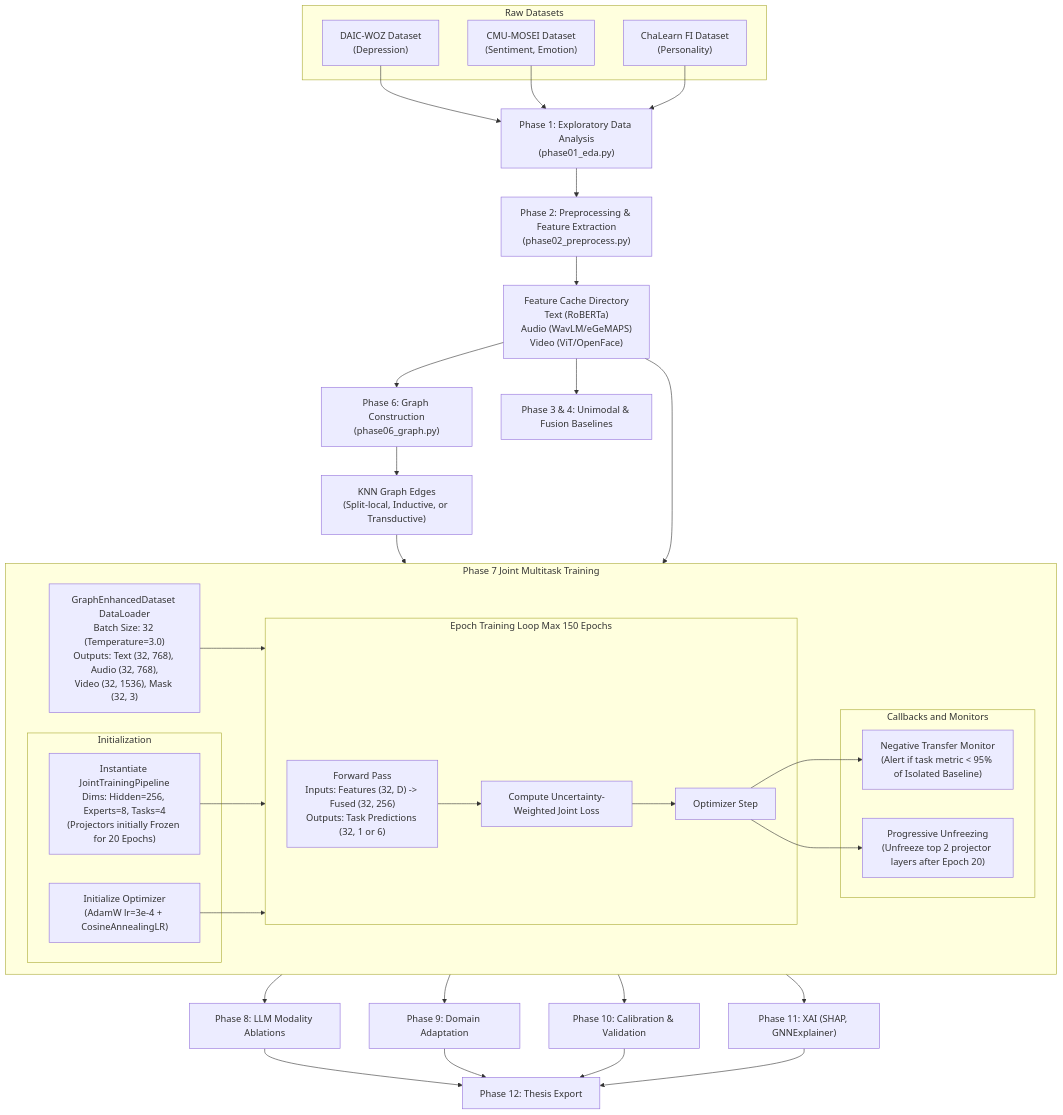
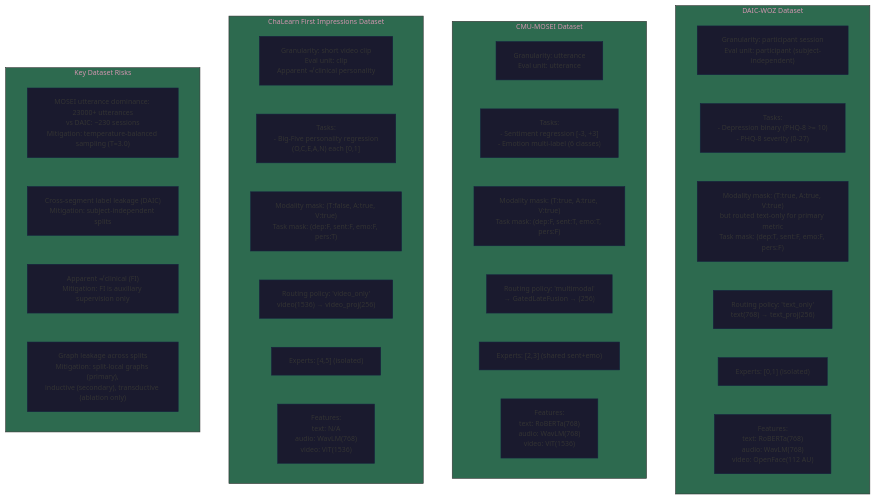
The fourth of 8 diagrams in codebase_analysis.md (an-2018/experiment-5-unified-model), drawn with Mermaid before and after one commit. The commit also changed other lines of this file and 63 other files, not shown here.

First line of the commit message:
docs: comprehensive codebase analysis, technical appendix, and phase 8-11 completion updates

````diff
--- a/codebase_analysis.md
+++ b/codebase_analysis.md
@@ -112,63 +410,37 @@
 ```mermaid
-graph TD
-    %% Initial Datasets
-    subgraph RawDatasets [Raw Datasets]
-        DAIC["DAIC-WOZ Dataset<br>(Depression)"]
-        MOSEI["CMU-MOSEI Dataset<br>(Sentiment, Emotion)"]
-        FI["ChaLearn FI Dataset<br>(Personality)"]
+%%{init: {'theme': 'base', 'themeVariables': { 'fontSize': '12px', 'primaryColor': '#1a1a2e', 'primaryBorderColor': '#16213e', 'lineColor': '#a0a0a0', 'secondaryColor': '#0f3460', 'tertiaryColor': '#2d6a4f' }} }%%
+graph TB
+    subgraph DAIC["DAIC-WOZ Dataset"]
+        DAIC_GRAN["Granularity: participant session<br>Eval unit: participant (subject-independent)"]
+        DAIC_TASKS["Tasks:<br>- Depression binary (PHQ-8 >= 10)<br>- PHQ-8 severity (0-27)"]
+        DAIC_MASK["Modality mask: (T:true, A:true, V:true)<br>but routed text-only for primary metric<br>Task mask: (dep:T, sent:F, emo:F, pers:F)"]
+        DAIC_ROUTING["Routing policy: 'text_only'<br>text(768) → text_proj(256)"]
+        DAIC_EXPERTS["Experts: [0,1] (isolated)"]
+        DAIC_FEATS["Features:<br>text: RoBERTa(768)<br>audio: WavLM(768)<br>video: OpenFace(112 AU)"]
     end
 
-    %% Early Phases
-    Phase1["Phase 1: Exploratory Data Analysis<br>(phase01_eda.py)"]
-    Phase2["Phase 2: Preprocessing & Feature Extraction<br>(phase02_preprocess.py)"]
-    
-    DAIC & MOSEI & FI --> Phase1
-    Phase1 --> Phase2
-    Phase2 --> FeatCache["Feature Cache Directory<br>Text (RoBERTa)<br>Audio (WavLM/eGeMAPS)<br>Video (ViT/OpenFace)"]
-
-    %% Phase 6
-    Phase6["Phase 6: Graph Construction<br>(phase06_graph.py)"]
-    FeatCache --> Phase6
-    Phase6 --> GraphEdges["KNN Graph Edges<br>(Split-local, Inductive, or Transductive)"]
-
-    %% Phase 7 Execution Loop
-    subgraph Phase7 [Phase 7 Joint Multitask Training]
-        DataLoader["GraphEnhancedDataset DataLoader<br>Batch Size: 32 (Temperature=3.0)<br>Outputs: Text (32, 768), Audio (32, 768),<br>Video (32, 1536), Mask (32, 3)"]
-        
-        subgraph InitializationBlock [Initialization]
-            ModelInit["Instantiate JointTrainingPipeline<br>Dims: Hidden=256, Experts=8, Tasks=4<br>(Projectors initially Frozen for 20 Epochs)"]
-            OptInit["Initialize Optimizer<br>(AdamW lr=3e-4 + CosineAnnealingLR)"]
-        end
-
-        subgraph EpochTrainingLoop [Epoch Training Loop Max 150 Epochs]
-            ForwardPass["Forward Pass<br>Inputs: Features (32, D) -> Fused (32, 256)<br>Outputs: Task Predictions (32, 1 or 6)"]
-            LossCalc["Compute Uncertainty-Weighted Joint Loss"]
-            OptStep["Optimizer Step"]
-            
-            ForwardPass --> LossCalc --> OptStep
-        end
-        
-        subgraph CallbacksMonitors [Callbacks and Monitors]
-            NegMonitor["Negative Transfer Monitor<br>(Alert if task metric < 95% of Isolated Baseline)"]
-            Unfreeze["Progressive Unfreezing<br>(Unfreeze top 2 projector layers after Epoch 20)"]
-        end
-
-        DataLoader & ModelInit & OptInit --> EpochTrainingLoop
-        OptStep --> NegMonitor
-        OptStep --> Unfreeze
+    subgraph MOSEI["CMU-MOSEI Dataset"]
+        MOSEI_GRAN["Granularity: utterance<br>Eval unit: utterance"]
+        MOSEI_TASKS["Tasks:<br>- Sentiment regression [-3, +3]<br>- Emotion multi-label (6 classes)"]
+        MOSEI_MASK["Modality mask: (T:true, A:true, V:true)<br>Task mask: (dep:F, sent:T, emo:T, pers:F)"]
+        MOSEI_ROUTING["Routing policy: 'multimodal'<br>→ GatedLateFusion → (256)"]
+        MOSEI_EXPERTS["Experts: [2,3] (shared sent+emo)"]
+        MOSEI_FEATS["Features:<br>text: RoBERTa(768)<br>audio: WavLM(768)<br>video: ViT(1536)"]
     end
 
-    GraphEdges & FeatCache --> Phase7
+    subgraph FI["ChaLearn First Impressions Dataset"]
+        FI_GRAN["Granularity: short video clip<br>Eval unit: clip<br>Apparent ≠ clinical personality"]
+        FI_TASKS["Tasks:<br>- Big-Five personality regression<br>(O,C,E,A,N) each [0,1]"]
+        FI_MASK["Modality mask: (T:false, A:true, V:true)<br>Task mask: (dep:F, sent:F, emo:F, pers:T)"]
+        FI_ROUTING["Routing policy: 'video_only'<br>video(1536) → video_proj(256)"]
+        FI_EXPERTS["Experts: [4,5] (isolated)"]
+        FI_FEATS["Features:<br>text: N/A<br>audio: WavLM(768)<br>video: ViT(1536)"]
+    end
 
-    %% Subsequent Analytics Phases
-    Phase34["Phase 3 & 4: Unimodal & Fusion Baselines"]
-    Phase8["Phase 8: LLM Modality Ablations"]
-    Phase9["Phase 9: Domain Adaptation"]
-    Phase10["Phase 10: Calibration & Validation"]
-    Phase11["Phase 11: XAI (SHAP, GNNExplainer)"]
-    Phase12["Phase 12: Thesis Export"]
-
-    FeatCache --> Phase34
-    Phase7 --> Phase8 & Phase9 & Phase10 & Phase11
-    Phase8 & Phase9 & Phase10 & Phase11 --> Phase12
+    subgraph Risk["Key Dataset Risks"]
+        RISK1["MOSEI utterance dominance: 23000+ utterances<br>vs DAIC: ~230 sessions<br>Mitigation: temperature-balanced sampling (T=3.0)"]
+        RISK2["Cross-segment label leakage (DAIC)<br>Mitigation: subject-independent splits"]
+        RISK3["Apparent ≠ clinical (FI)<br>Mitigation: FI is auxiliary supervision only"]
+        RISK4["Graph leakage across splits<br>Mitigation: split-local graphs (primary),<br>inductive (secondary), transductive (ablation only)"]
+    end
 ```
````
